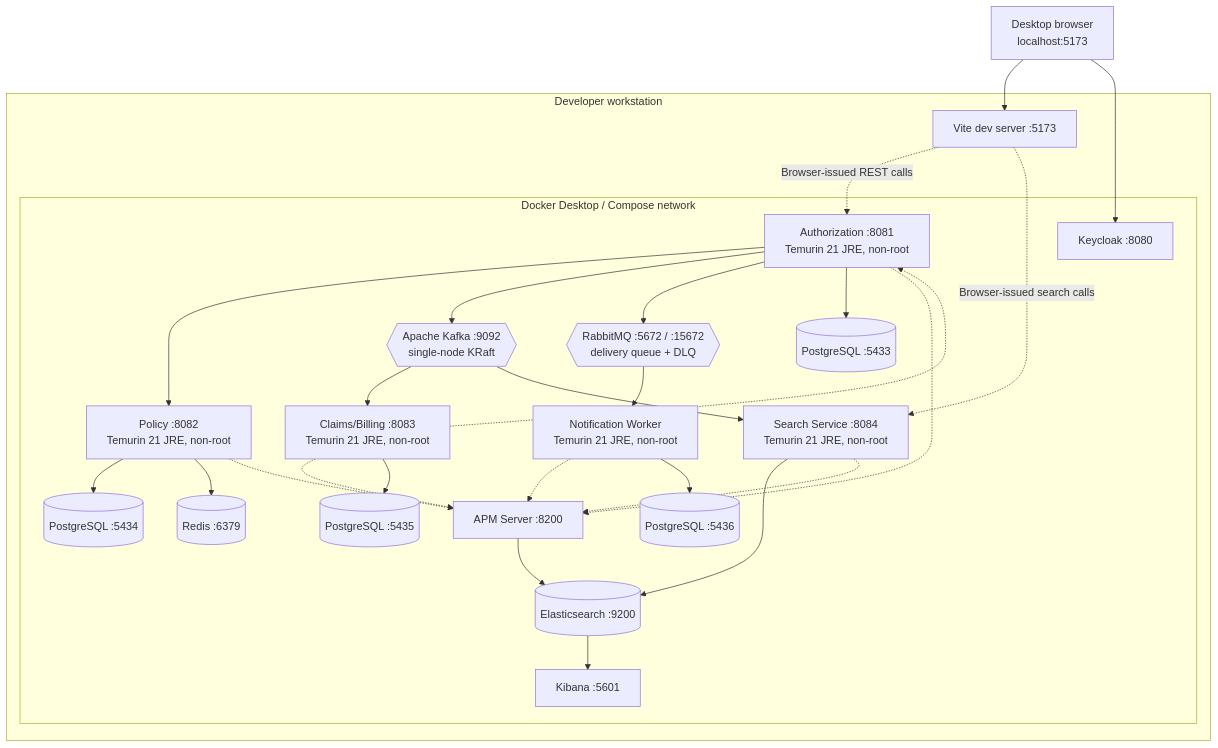
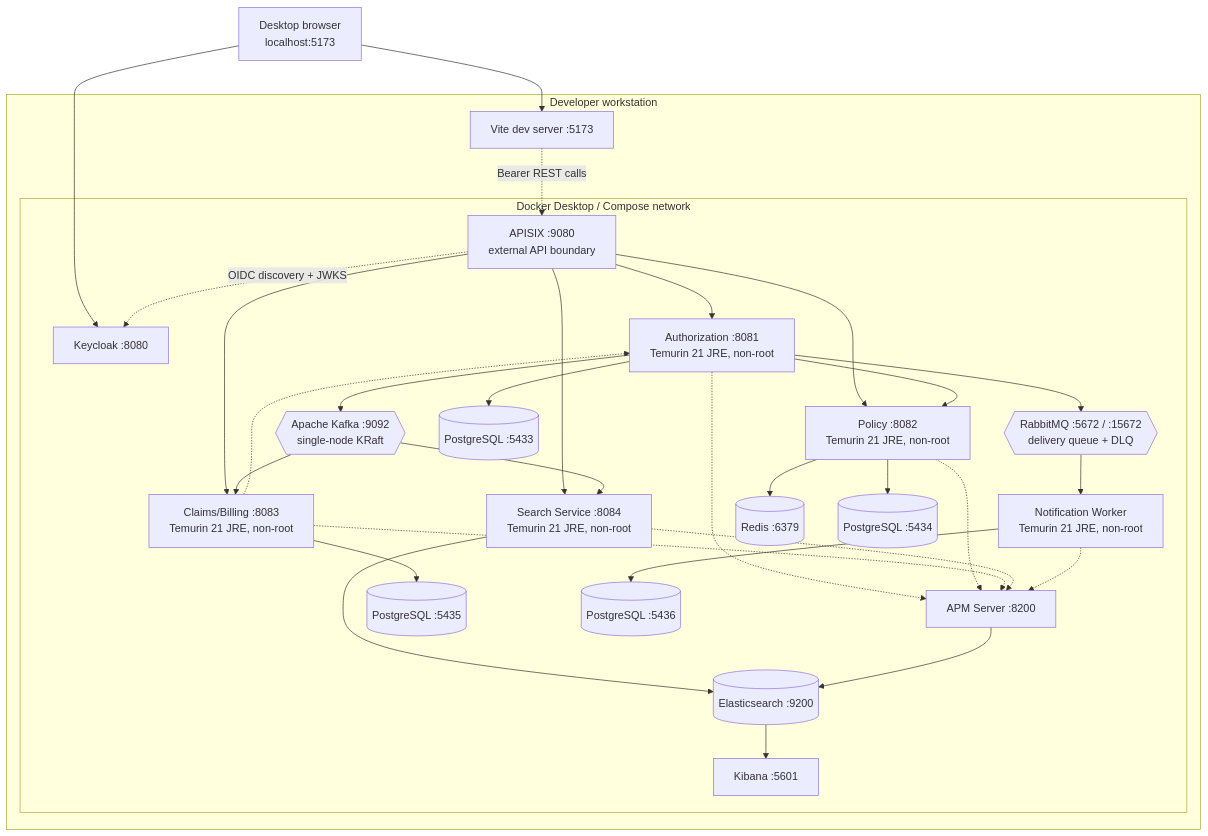
Before and after one commit to aydindemir1/health-insurance-platform: the diagram in docs/architecture/local-deployment.md, drawn with Mermaid. The commit also changed other lines of this file and 15 other files, not shown here.

````diff
--- a/docs/architecture/local-deployment.md
+++ b/docs/architecture/local-deployment.md
@@ -3,51 +3,56 @@
 ```mermaid
 flowchart TB
     Browser["Desktop browser<br/>localhost:5173"]
 
     subgraph Host["Developer workstation"]
         Vite["Vite dev server :5173"]
         subgraph Docker["Docker Desktop / Compose network"]
             Keycloak["Keycloak :8080"]
+            Gateway["APISIX :9080<br/>external API boundary"]
             Auth["Authorization :8081<br/>Temurin 21 JRE, non-root"]
             Policy["Policy :8082<br/>Temurin 21 JRE, non-root"]
             Claims["Claims/Billing :8083<br/>Temurin 21 JRE, non-root"]
             Search["Search Service :8084<br/>Temurin 21 JRE, non-root"]
             Worker["Notification Worker<br/>Temurin 21 JRE, non-root"]
             Kafka{{"Apache Kafka :9092<br/>single-node KRaft"}}
             Rabbit{{"RabbitMQ :5672 / :15672<br/>delivery queue + DLQ"}}
             Redis[("Redis :6379")]
             Elastic[("Elasticsearch :9200")]
             Kibana["Kibana :5601"]
             APM["APM Server :8200"]
             AuthDb[("PostgreSQL :5433")]
             PolicyDb[("PostgreSQL :5434")]
             ClaimsDb[("PostgreSQL :5435")]
             WorkerDb[("PostgreSQL :5436")]
         end
     end
 
     Browser --> Vite
     Browser --> Keycloak
-    Vite -.->|"Browser-issued REST calls"| Auth
-    Vite -.->|"Browser-issued search calls"| Search
+    Vite -.->|"Bearer REST calls"| Gateway
+    Gateway --> Auth
+    Gateway --> Policy
+    Gateway --> Claims
+    Gateway --> Search
+    Gateway -.->|"OIDC discovery + JWKS"| Keycloak
     Auth --> Policy
     Auth --> Kafka
     Auth --> Rabbit
     Kafka --> Claims
     Kafka --> Search
     Rabbit --> Worker
     Claims -.-> Auth
     Auth --> AuthDb
     Policy --> PolicyDb
     Policy --> Redis
     Search --> Elastic
     Elastic --> Kibana
     APM --> Elastic
     Auth -.-> APM
     Policy -.-> APM
     Claims -.-> APM
     Search -.-> APM
     Worker -.-> APM
     Claims --> ClaimsDb
     Worker --> WorkerDb
 ```
````
